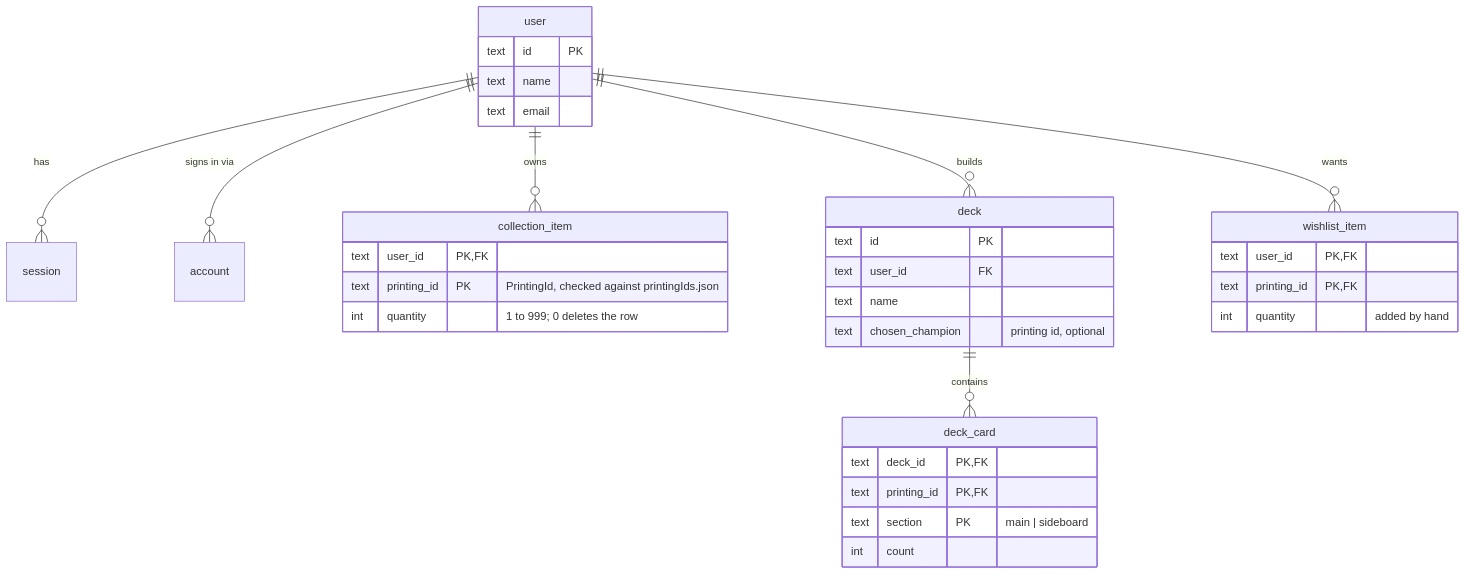
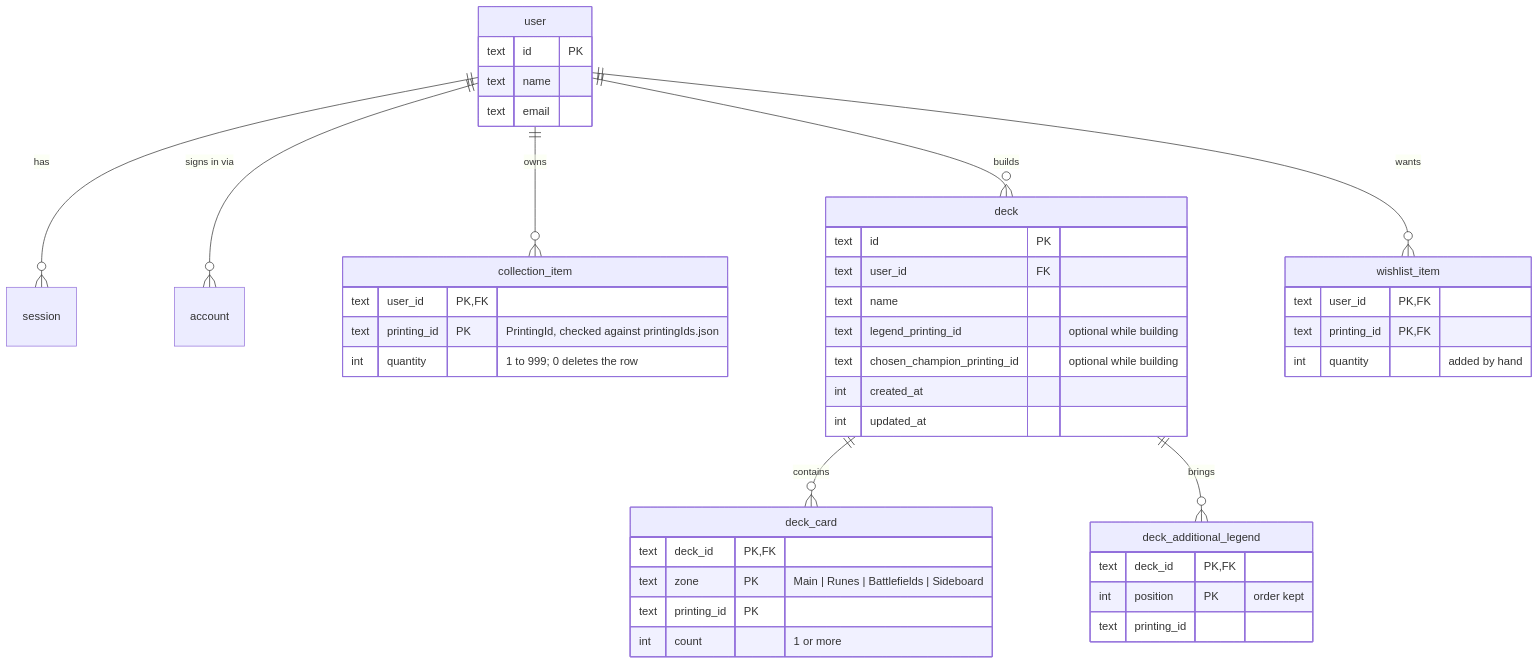
One commit to NichAnti/runebinder changed the first of 7 diagrams in docs/03-data-and-flows.md. Above: the diagram before and after it, drawn with Mermaid. The commit also changed other lines of this file and 1 other file, not shown here.

Commit message:
Plan Phase 7 around the deck model

````diff
--- a/docs/03-data-and-flows.md
+++ b/docs/03-data-and-flows.md
@@ -20,37 +20,46 @@
 ```mermaid
 erDiagram
   user ||--o{ session : has
   user ||--o{ account : "signs in via"
   user ||--o{ collection_item : owns
   user ||--o{ deck : builds
   deck ||--o{ deck_card : contains
+  deck ||--o{ deck_additional_legend : brings
   user ||--o{ wishlist_item : wants
 
   user {
     text id PK
     text name
     text email
   }
   collection_item {
     text user_id PK, FK
     text printing_id PK "PrintingId, checked against printingIds.json"
     int quantity "1 to 999; 0 deletes the row"
   }
   deck {
     text id PK
     text user_id FK
     text name
-    text chosen_champion "printing id, optional"
+    text legend_printing_id "optional while building"
+    text chosen_champion_printing_id "optional while building"
+    int created_at
+    int updated_at
   }
   deck_card {
     text deck_id PK, FK
-    text printing_id PK, FK
-    text section PK "main | sideboard"
-    int count
+    text zone PK "Main | Runes | Battlefields | Sideboard"
+    text printing_id PK
+    int count "1 or more"
+  }
+  deck_additional_legend {
+    text deck_id PK, FK
+    int position PK "order kept"
+    text printing_id
   }
   wishlist_item {
     text user_id PK, FK
     text printing_id PK, FK
     int quantity "added by hand"
   }
 ```
````
